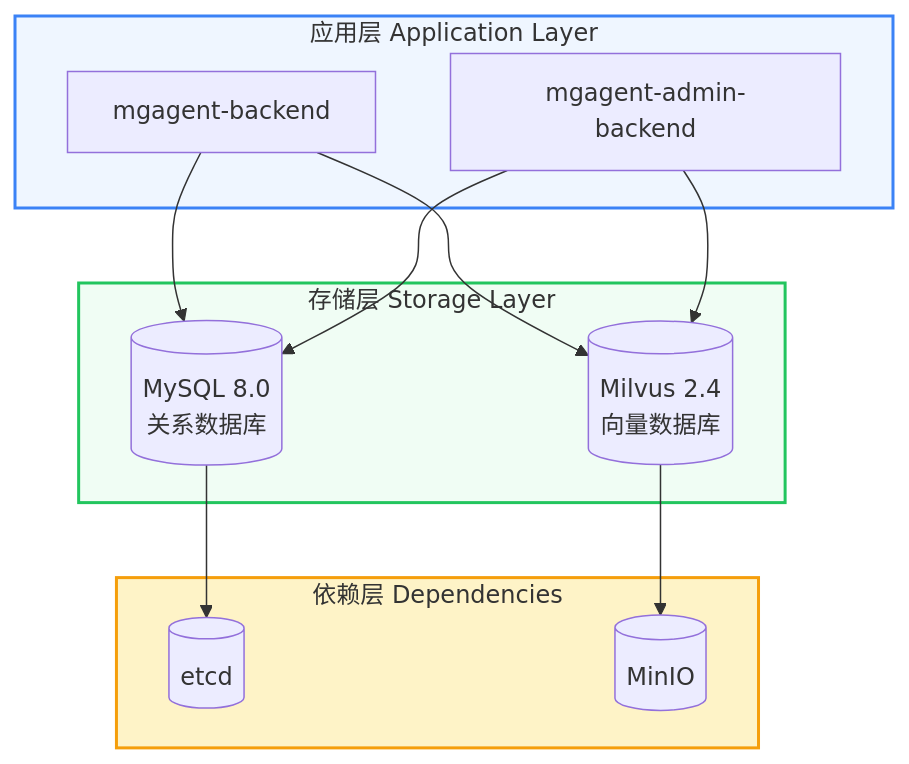
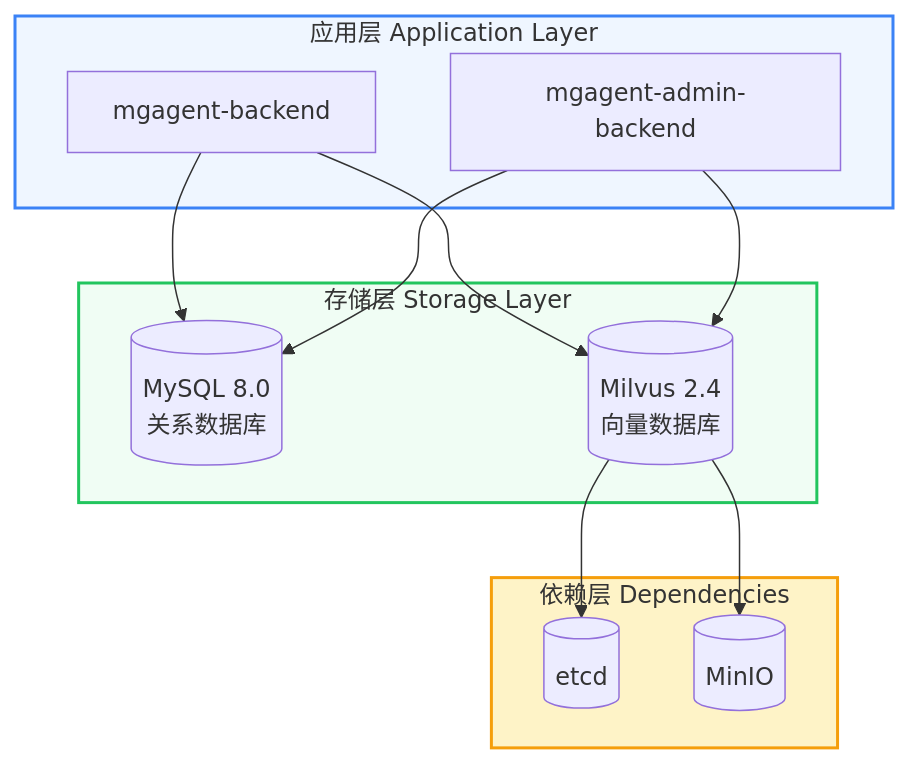
The diagram in website/docs/architecture/dual-stack.md (xmgfy/MGAgent), drawn with Mermaid before and after one commit. The commit also changed other lines of this file and 67 other files, not shown here.

````diff
--- a/website/docs/architecture/dual-stack.md
+++ b/website/docs/architecture/dual-stack.md
@@ -55,32 +15,32 @@
 ```mermaid
 flowchart TB
-    subgraph L3["应用层 Application Layer"]
-        D1[mgagent-backend]
-        D2[mgagent-admin-backend]
+    subgraph L1["应用层 Application Layer"]
+        A1[mgagent-backend]
+        A2[mgagent-admin-backend]
     end
 
-    subgraph L4["存储层 Storage Layer"]
-        E1[("MySQL 8.0<br/>关系数据库")]
-        F1[("Milvus 2.4<br/>向量数据库")]
+    subgraph L2["存储层 Storage Layer"]
+        B1[("MySQL 8.0<br/>关系数据库")]
+        C1[("Milvus 2.4<br/>向量数据库")]
     end
 
-    subgraph L5["依赖层 Dependencies"]
-        G[("etcd")]
-        H[("MinIO")]
+    subgraph L3["依赖层 Dependencies"]
+        D1[("etcd")]
+        E1[("MinIO")]
     end
 
-    D1 --> E1
-    D1 --> F1
-    D2 --> E1
-    D2 --> F1
-    E1 --> G
-    F1 --> H
+    A1 --> B1
+    A1 --> C1
+    A2 --> B1
+    A2 --> C1
+    C1 --> D1
+    C1 --> E1
 
     classDef appLayer fill:#eff6ff,stroke:#3b82f6,stroke-width:2px
     classDef storageLayer fill:#f0fdf4,stroke:#22c55e,stroke-width:2px
     classDef dependencyLayer fill:#fef3c7,stroke:#f59e0b,stroke-width:2px
 
-    class L3 appLayer
-    class L4 storageLayer
-    class L5 dependencyLayer
+    class L1 appLayer
+    class L2 storageLayer
+    class L3 dependencyLayer
 ```
````
